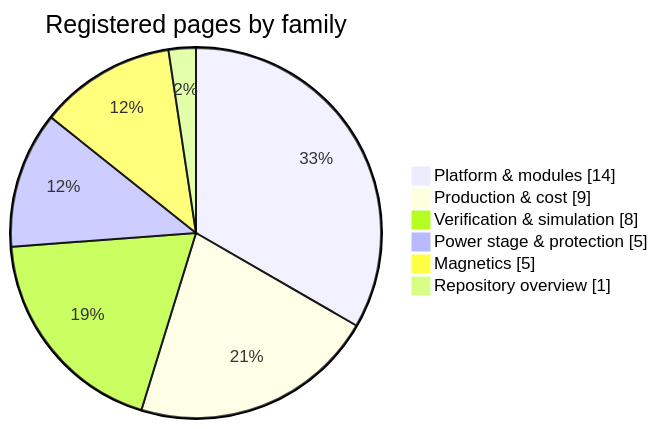
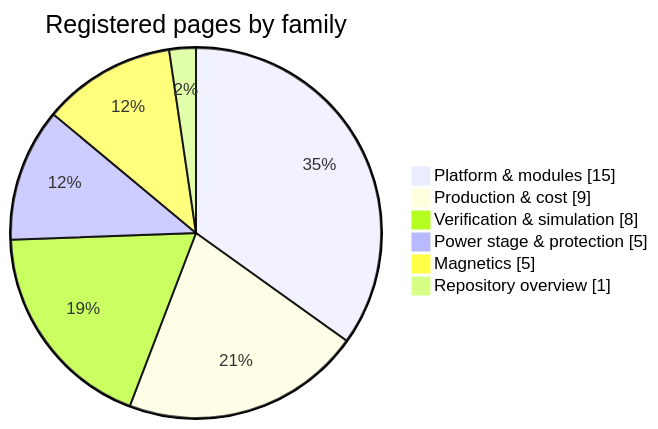
The first of 2 diagrams in docs/README.md (vectivolt/DC-Modules), drawn with Mermaid before and after one commit. The commit also changed other lines of this file and 338 other files, not shown here.

````diff
--- a/docs/README.md
+++ b/docs/README.md
@@ -30,10 +30,10 @@
 ```mermaid
 pie showData
   title Registered pages by family
-  "Platform & modules" : 14
+  "Platform & modules" : 15
   "Production & cost" : 9
   "Verification & simulation" : 8
   "Power stage & protection" : 5
   "Magnetics" : 5
   "Repository overview" : 1
 ```
````
